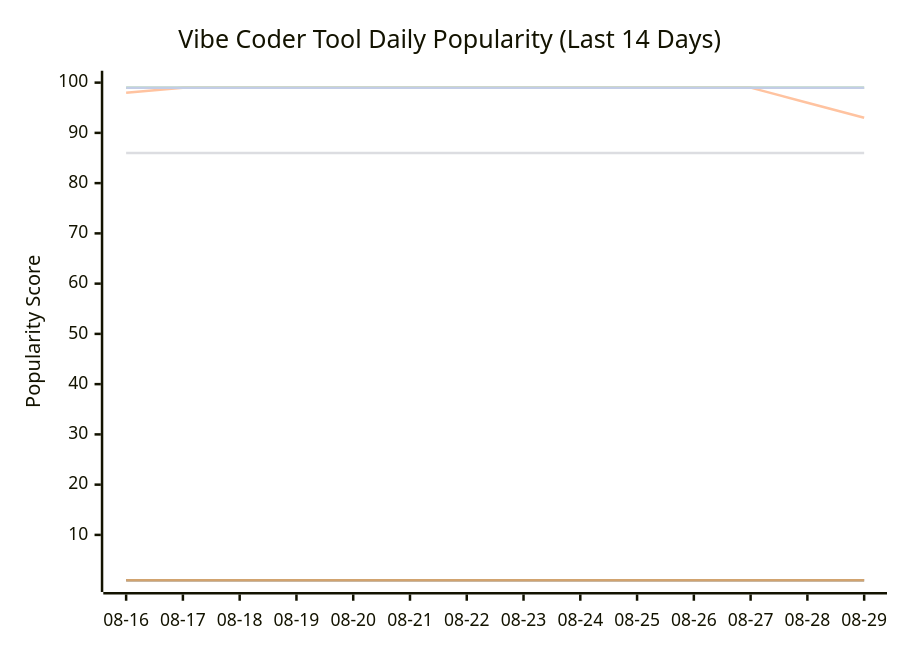
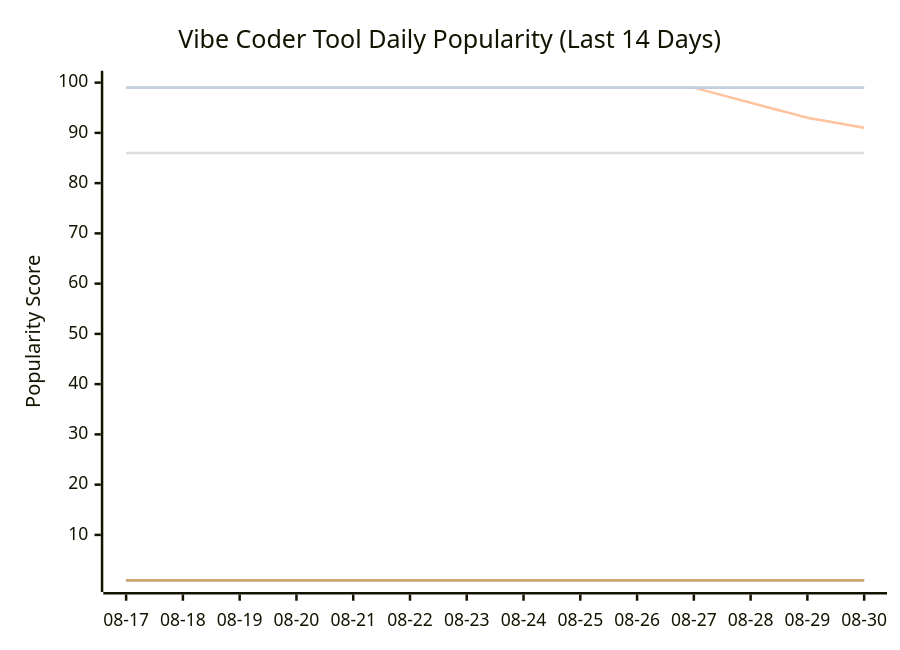
One commit to tykimos/ai-whatchelin changed the seventh of 11 diagrams in README.md. Above: the diagram before and after it, drawn with Mermaid. The commit also changed other lines of this file and 4 other files, not shown here.

````diff
--- a/README.md
+++ b/README.md
@@ -2349,13 +2349,13 @@
 ```mermaid
 xychart-beta
     title "Vibe Coder Tool Daily Popularity (Last 14 Days)"
-    x-axis ["08-16", "08-17", "08-18", "08-19", "08-20", "08-21", "08-22", "08-23", "08-24", "08-25", "08-26", "08-27", "08-28", "08-29"]
+    x-axis ["08-17", "08-18", "08-19", "08-20", "08-21", "08-22", "08-23", "08-24", "08-25", "08-26", "08-27", "08-28", "08-29", "08-30"]
     y-axis "Popularity Score" 1 --> 100
     line "Claude Code" [99, 99, 99, 99, 99, 99, 99, 99, 99, 99, 99, 99, 99, 99]
     line "GH Copilot" [1, 1, 1, 1, 1, 1, 1, 1, 1, 1, 1, 1, 1, 1]
-    line "Cursor" [98, 99, 99, 99, 99, 99, 99, 99, 99, 99, 99, 99, 96, 93]
+    line "Cursor" [99, 99, 99, 99, 99, 99, 99, 99, 99, 99, 99, 96, 93, 91]
     line "Windsurf" [86, 86, 86, 86, 86, 86, 86, 86, 86, 86, 86, 86, 86, 86]
     line "Codex CLI" [99, 99, 99, 99, 99, 99, 99, 99, 99, 99, 99, 99, 99, 99]
     line "Gemini CLI" [1, 1, 1, 1, 1, 1, 1, 1, 1, 1, 1, 1, 1, 1]
     line "Antigravity" [99, 99, 99, 99, 99, 99, 99, 99, 99, 99, 99, 99, 99, 99]
 ```
````
